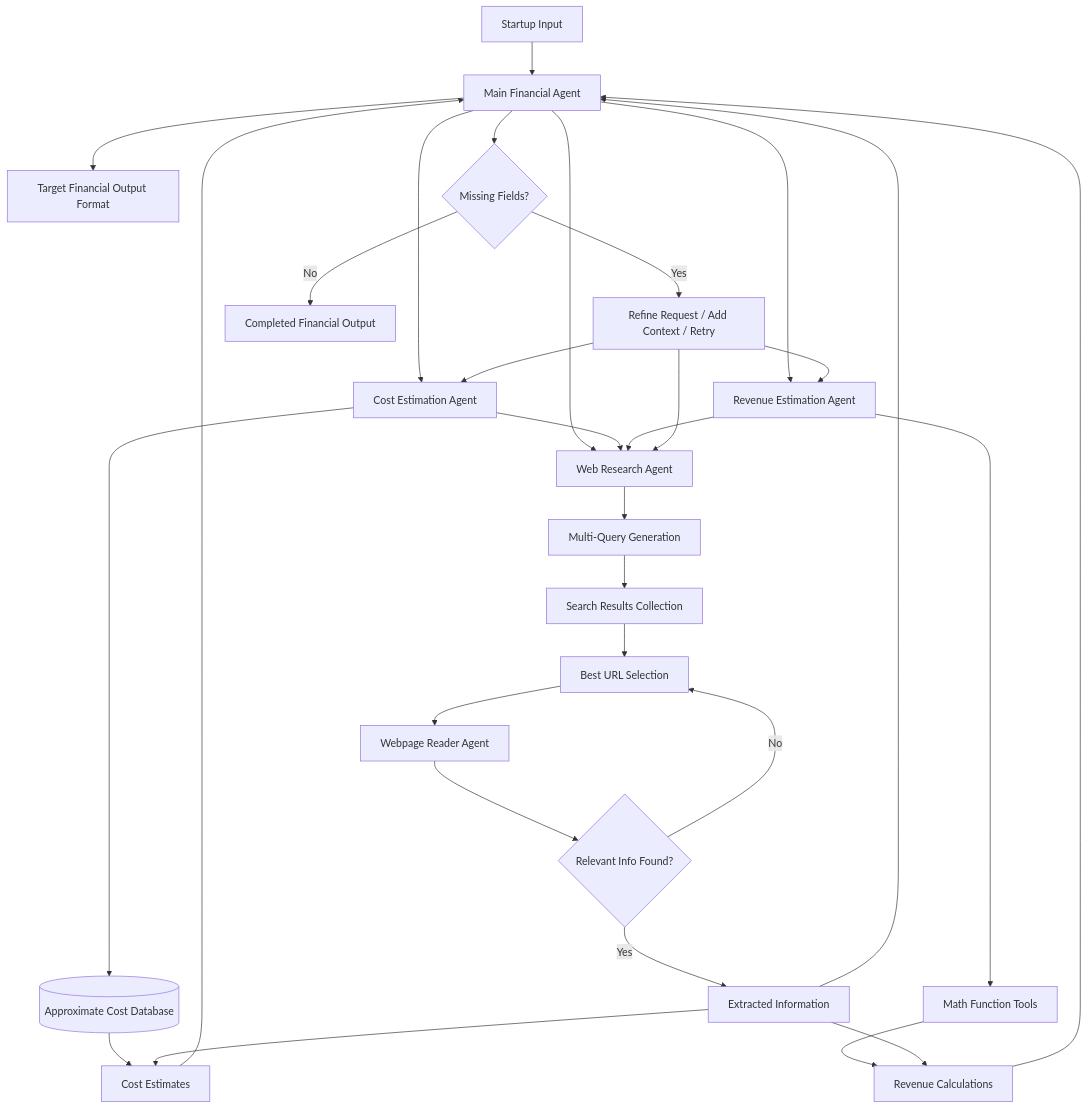
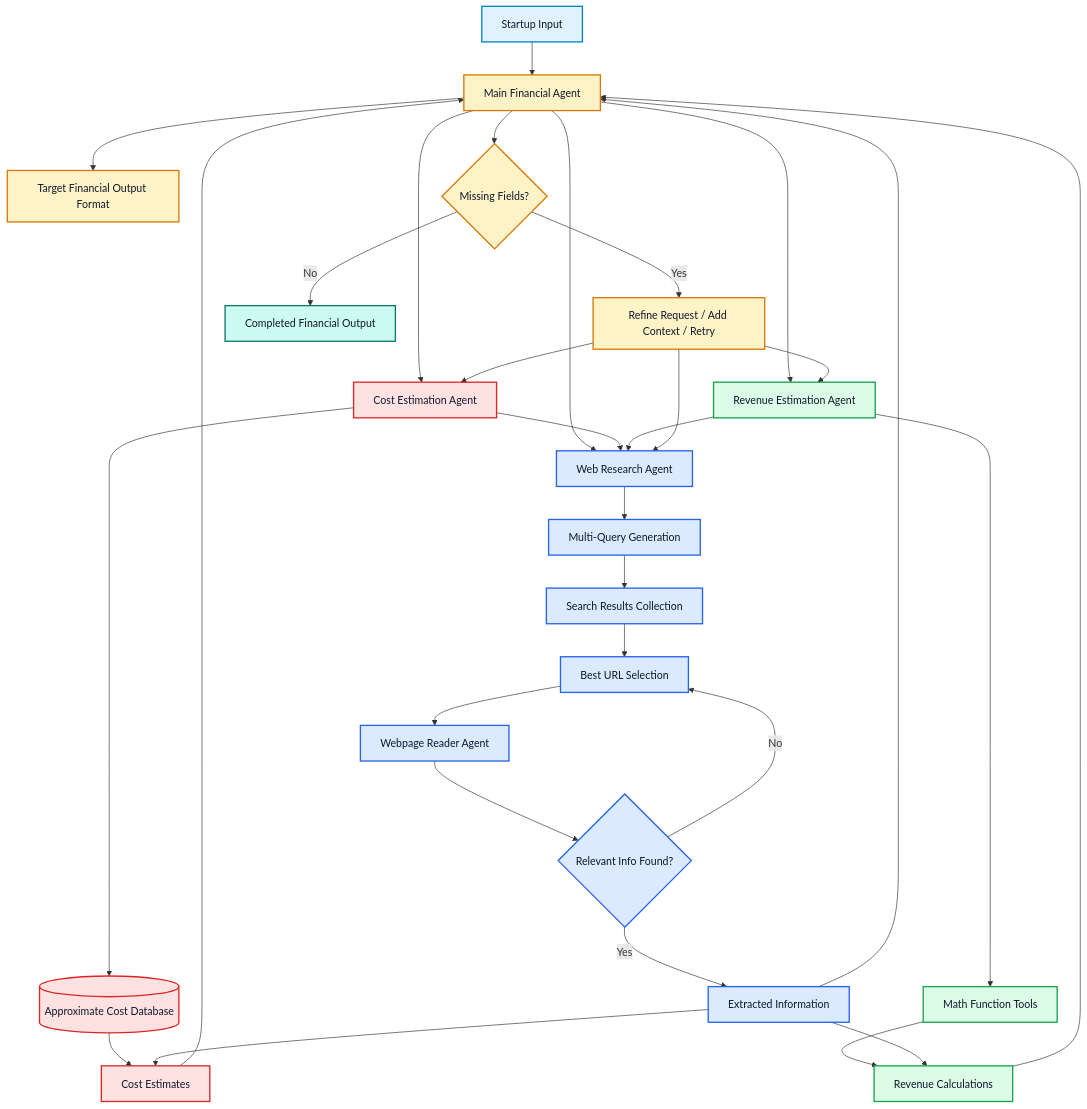
One commit to chirchiyoussef/academic-a2a-mcp-startup-evaluation-pipeline changed the fourth of 4 diagrams in README.md. Above: the diagram before and after it, drawn with Mermaid. The commit also changed other lines of this file, not shown here.

````diff
--- a/README.md
+++ b/README.md
@@ -311,41 +418,56 @@
 ```mermaid
 flowchart TD
     A[Startup Input] --> M[Main Financial Agent]
     M --> F[Target Financial Output Format]
 
     M --> C[Cost Estimation Agent]
     M --> R[Revenue Estimation Agent]
     M --> W[Web Research Agent]
 
     C --> DB[(Approximate Cost Database)]
     C --> W
 
     R --> T[Math Function Tools]
     R --> W
 
     W --> Q[Multi-Query Generation]
     Q --> S[Search Results Collection]
     S --> U[Best URL Selection]
     U --> P[Webpage Reader Agent]
 
     P --> X{Relevant Info Found?}
     X -- Yes --> Y[Extracted Information]
     X -- No --> U
 
     DB --> C2[Cost Estimates]
     T --> R2[Revenue Calculations]
 
     Y --> C2
     Y --> R2
     Y --> M
     C2 --> M
     R2 --> M
 
     M --> Z{Missing Fields?}
     Z -- Yes --> M2[Refine Request / Add Context / Retry]
     M2 --> C
     M2 --> R
     M2 --> W
 
     Z -- No --> O[Completed Financial Output]
+
+    classDef input fill:#e0f2fe,stroke:#0284c7,stroke-width:2px,color:#0f172a;
+    classDef manager fill:#fef3c7,stroke:#d97706,stroke-width:2px,color:#0f172a;
+    classDef cost fill:#fee2e2,stroke:#dc2626,stroke-width:2px,color:#0f172a;
+    classDef revenue fill:#dcfce7,stroke:#16a34a,stroke-width:2px,color:#0f172a;
+    classDef research fill:#dbeafe,stroke:#2563eb,stroke-width:2px,color:#0f172a;
+    classDef tools fill:#f3e8ff,stroke:#9333ea,stroke-width:2px,color:#0f172a;
+    classDef output fill:#ccfbf1,stroke:#0f766e,stroke-width:2px,color:#0f172a;
+
+    class A input;
+    class M,F,Z,M2 manager;
+    class C,DB,C2 cost;
+    class R,T,R2 revenue;
+    class W,Q,S,U,P,X,Y research;
+    class O output;
 ```
````
